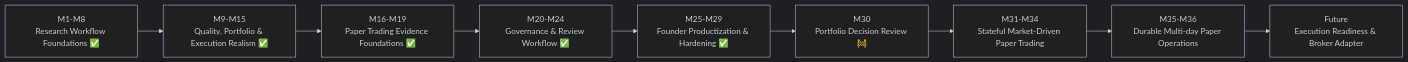
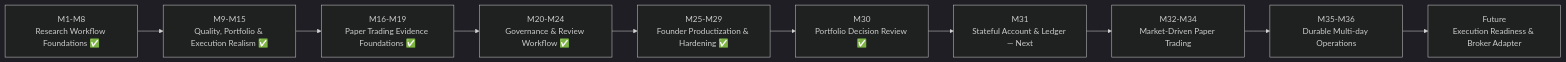
Before and after one commit to yanxinnnnnn/El-Psy-Quant: the diagram in docs/roadmap.md, drawn with Mermaid (dark theme). The commit also changed other lines of this file, not shown here.

Commit message:
Mark M30 complete and M31 next

````diff
--- a/docs/roadmap.md
+++ b/docs/roadmap.md
@@ -17,11 +17,12 @@
 ```mermaid
 flowchart LR
     M1["M1-M8<br/>Research Workflow Foundations ✅"] --> M9["M9-M15<br/>Quality, Portfolio & Execution Realism ✅"]
     M9 --> M16["M16-M19<br/>Paper Trading Evidence Foundations ✅"]
     M16 --> M20["M20-M24<br/>Governance & Review Workflow ✅"]
     M20 --> M25["M25-M29<br/>Founder Productization & Hardening ✅"]
-    M25 --> M30["M30<br/>Portfolio Decision Review 🚧"]
-    M30 --> M31["M31-M34<br/>Stateful Market-Driven Paper Trading"]
-    M31 --> M35["M35-M36<br/>Durable Multi-day Paper Operations"]
+    M25 --> M30["M30<br/>Portfolio Decision Review ✅"]
+    M30 --> M31["M31<br/>Stateful Account & Ledger — Next"]
+    M31 --> M32["M32-M34<br/>Market-Driven Paper Trading"]
+    M32 --> M35["M35-M36<br/>Durable Multi-day Operations"]
     M35 --> FUTURE["Future<br/>Execution Readiness & Broker Adapter"]
 ```
````
